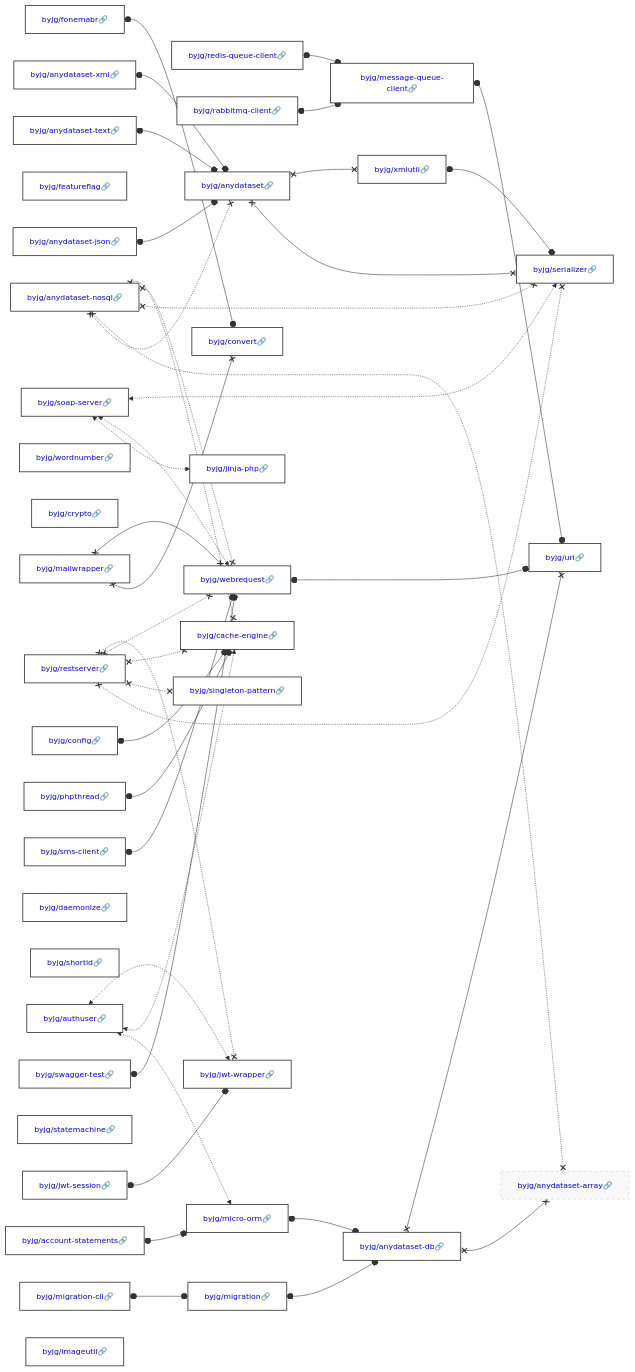
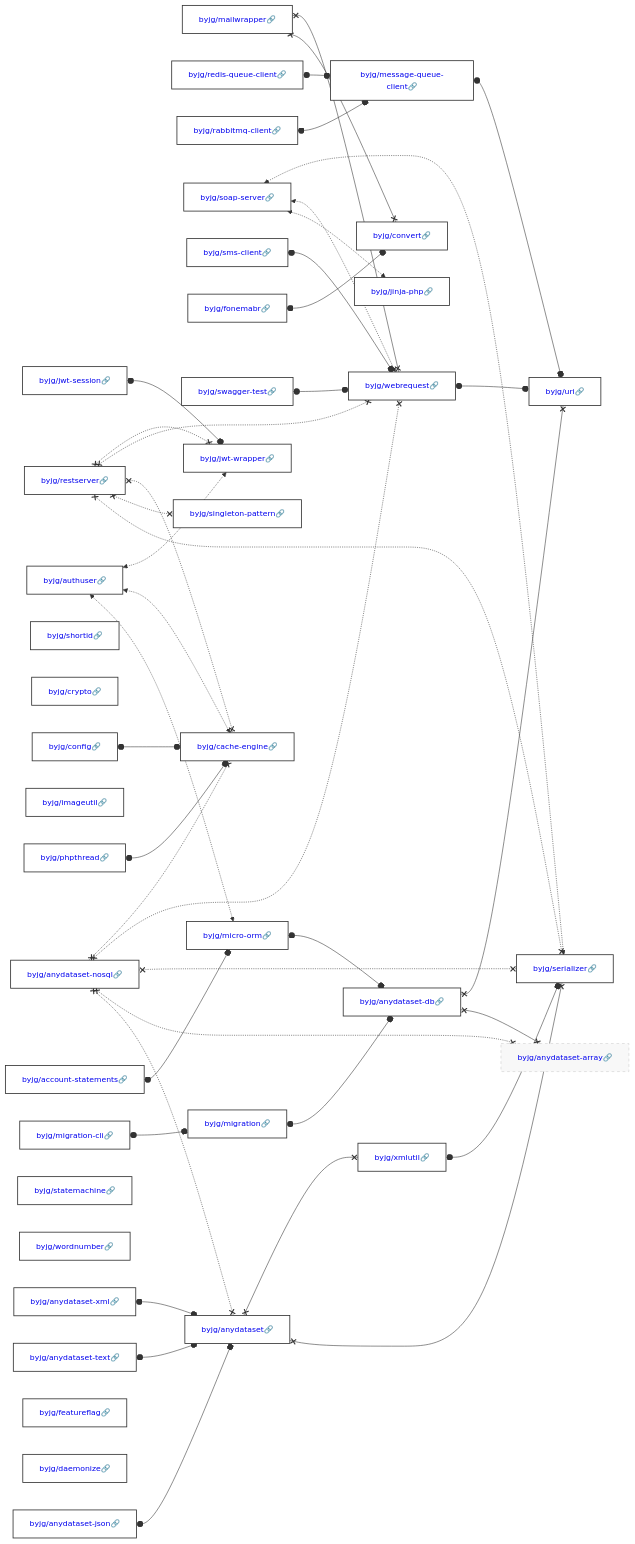
The diagram in docs/php/README.md (byjg/byjg.github.io), drawn with Mermaid before and after one commit. The commit also changed other lines of this file and 2 other files, not shown here.

Commit message:
Update documentation 'php' 'php-fonemabr'

````diff
--- a/docs/php/README.md
+++ b/docs/php/README.md
@@ -3,45 +3,45 @@
 ```mermaid
 graph LR;
-  byjg/anydataset-nosql[<a href='https://opensource.byjg.com/docs/php/anydataset-nosql' style='text-decoration:none'>byjg/anydataset-nosql🔗</a>];
-  byjg/authuser[<a href='https://opensource.byjg.com/docs/php/authuser' style='text-decoration:none'>byjg/authuser🔗</a>];
+  byjg/phpthread[<a href='https://opensource.byjg.com/docs/php/phpthread' style='text-decoration:none'>byjg/phpthread🔗</a>];
+  byjg/anydataset-text[<a href='https://opensource.byjg.com/docs/php/anydataset-text' style='text-decoration:none'>byjg/anydataset-text🔗</a>];
+  byjg/mailwrapper[<a href='https://opensource.byjg.com/docs/php/mailwrapper' style='text-decoration:none'>byjg/mailwrapper🔗</a>];
   byjg/redis-queue-client[<a href='https://opensource.byjg.com/docs/php/redis-queue-client' style='text-decoration:none'>byjg/redis-queue-client🔗</a>];
+  byjg/rabbitmq-client[<a href='https://opensource.byjg.com/docs/php/rabbitmq-client' style='text-decoration:none'>byjg/rabbitmq-client🔗</a>];
   byjg/anydataset-json[<a href='https://opensource.byjg.com/docs/php/anydataset-json' style='text-decoration:none'>byjg/anydataset-json🔗</a>];
-  byjg/featureflag[<a href='https://opensource.byjg.com/docs/php/featureflag' style='text-decoration:none'>byjg/featureflag🔗</a>];
-  byjg/jwt-session[<a href='https://opensource.byjg.com/docs/php/jwt-session' style='text-decoration:none'>byjg/jwt-session🔗</a>];
-  byjg/anydataset-xml[<a href='https://opensource.byjg.com/docs/php/anydataset-xml' style='text-decoration:none'>byjg/anydataset-xml🔗</a>];
-  byjg/swagger-test[<a href='https://opensource.byjg.com/docs/php/swagger-test' style='text-decoration:none'>byjg/swagger-test🔗</a>];
-  byjg/wordnumber[<a href='https://opensource.byjg.com/docs/php/wordnumber' style='text-decoration:none'>byjg/wordnumber🔗</a>];
-  byjg/crypto[<a href='https://opensource.byjg.com/docs/php/crypto' style='text-decoration:none'>byjg/crypto🔗</a>];
-  byjg/mailwrapper[<a href='https://opensource.byjg.com/docs/php/mailwrapper' style='text-decoration:none'>byjg/mailwrapper🔗</a>];
-  byjg/config[<a href='https://opensource.byjg.com/docs/php/config' style='text-decoration:none'>byjg/config🔗</a>];
-  byjg/fonemabr[<a href='https://opensource.byjg.com/docs/php/fonemabr' style='text-decoration:none'>byjg/fonemabr🔗</a>];
-  byjg/phpthread[<a href='https://opensource.byjg.com/docs/php/phpthread' style='text-decoration:none'>byjg/phpthread🔗</a>];
-  byjg/rabbitmq-client[<a href='https://opensource.byjg.com/docs/php/rabbitmq-client' style='text-decoration:none'>byjg/rabbitmq-client🔗</a>];
-  byjg/migration-cli[<a href='https://opensource.byjg.com/docs/php/migration-cli' style='text-decoration:none'>byjg/migration-cli🔗</a>];
-  byjg/daemonize[<a href='https://opensource.byjg.com/docs/php/daemonize' style='text-decoration:none'>byjg/daemonize🔗</a>];
   byjg/shortid[<a href='https://opensource.byjg.com/docs/php/shortid' style='text-decoration:none'>byjg/shortid🔗</a>];
   byjg/soap-server[<a href='https://opensource.byjg.com/docs/php/soap-server' style='text-decoration:none'>byjg/soap-server🔗</a>];
+  byjg/sms-client[<a href='https://opensource.byjg.com/docs/php/sms-client' style='text-decoration:none'>byjg/sms-client🔗</a>];
+  byjg/crypto[<a href='https://opensource.byjg.com/docs/php/crypto' style='text-decoration:none'>byjg/crypto🔗</a>];
+  byjg/restserver[<a href='https://opensource.byjg.com/docs/php/restserver' style='text-decoration:none'>byjg/restserver🔗</a>];
+  byjg/fonemabr[<a href='https://opensource.byjg.com/docs/php/fonemabr' style='text-decoration:none'>byjg/fonemabr🔗</a>];
+  byjg/imageutil[<a href='https://opensource.byjg.com/docs/php/imageutil' style='text-decoration:none'>byjg/imageutil🔗</a>];
+  byjg/anydataset-nosql[<a href='https://opensource.byjg.com/docs/php/anydataset-nosql' style='text-decoration:none'>byjg/anydataset-nosql🔗</a>];
+  byjg/swagger-test[<a href='https://opensource.byjg.com/docs/php/swagger-test' style='text-decoration:none'>byjg/swagger-test🔗</a>];
+  byjg/authuser[<a href='https://opensource.byjg.com/docs/php/authuser' style='text-decoration:none'>byjg/authuser🔗</a>];
+  byjg/jwt-session[<a href='https://opensource.byjg.com/docs/php/jwt-session' style='text-decoration:none'>byjg/jwt-session🔗</a>];
+  byjg/config[<a href='https://opensource.byjg.com/docs/php/config' style='text-decoration:none'>byjg/config🔗</a>];
+  byjg/statemachine[<a href='https://opensource.byjg.com/docs/php/statemachine' style='text-decoration:none'>byjg/statemachine🔗</a>];
+  byjg/wordnumber[<a href='https://opensource.byjg.com/docs/php/wordnumber' style='text-decoration:none'>byjg/wordnumber🔗</a>];
+  byjg/anydataset-xml[<a href='https://opensource.byjg.com/docs/php/anydataset-xml' style='text-decoration:none'>byjg/anydataset-xml🔗</a>];
+  byjg/migration-cli[<a href='https://opensource.byjg.com/docs/php/migration-cli' style='text-decoration:none'>byjg/migration-cli🔗</a>];
+  byjg/featureflag[<a href='https://opensource.byjg.com/docs/php/featureflag' style='text-decoration:none'>byjg/featureflag🔗</a>];
+  byjg/daemonize[<a href='https://opensource.byjg.com/docs/php/daemonize' style='text-decoration:none'>byjg/daemonize🔗</a>];
   byjg/account-statements[<a href='https://opensource.byjg.com/docs/php/account-statements' style='text-decoration:none'>byjg/account-statements🔗</a>];
-  byjg/statemachine[<a href='https://opensource.byjg.com/docs/php/statemachine' style='text-decoration:none'>byjg/statemachine🔗</a>];
-  byjg/sms-client[<a href='https://opensource.byjg.com/docs/php/sms-client' style='text-decoration:none'>byjg/sms-client🔗</a>];
-  byjg/anydataset-text[<a href='https://opensource.byjg.com/docs/php/anydataset-text' style='text-decoration:none'>byjg/anydataset-text🔗</a>];
-  byjg/restserver[<a href='https://opensource.byjg.com/docs/php/restserver' style='text-decoration:none'>byjg/restserver🔗</a>];
-  byjg/imageutil[<a href='https://opensource.byjg.com/docs/php/imageutil' style='text-decoration:none'>byjg/imageutil🔗</a>];
+  byjg/message-queue-client[<a href='https://opensource.byjg.com/docs/php/message-queue-client' style='text-decoration:none'>byjg/message-queue-client🔗</a>];
+  byjg/jinja-php[<a href='https://opensource.byjg.com/docs/php/jinja-php' style='text-decoration:none'>byjg/jinja-php🔗</a>];
+  byjg/singleton-pattern[<a href='https://opensource.byjg.com/docs/php/singleton-pattern' style='text-decoration:none'>byjg/singleton-pattern🔗</a>];
   byjg/convert[<a href='https://opensource.byjg.com/docs/php/convert' style='text-decoration:none'>byjg/convert🔗</a>];
-  byjg/message-queue-client[<a href='https://opensource.byjg.com/docs/php/message-queue-client' style='text-decoration:none'>byjg/message-queue-client🔗</a>];
-  byjg/migration[<a href='https://opensource.byjg.com/docs/php/migration' style='text-decoration:none'>byjg/migration🔗</a>];
-  byjg/jinja-php[<a href='https://opensource.byjg.com/docs/php/jinja-php' style='text-decoration:none'>byjg/jinja-php🔗</a>];
-  byjg/micro-orm[<a href='https://opensource.byjg.com/docs/php/micro-orm' style='text-decoration:none'>byjg/micro-orm🔗</a>];
-  byjg/anydataset[<a href='https://opensource.byjg.com/docs/php/anydataset' style='text-decoration:none'>byjg/anydataset🔗</a>];
-  byjg/singleton-pattern[<a href='https://opensource.byjg.com/docs/php/singleton-pattern' style='text-decoration:none'>byjg/singleton-pattern🔗</a>];
-  byjg/cache-engine[<a href='https://opensource.byjg.com/docs/php/cache-engine' style='text-decoration:none'>byjg/cache-engine🔗</a>];
   byjg/webrequest[<a href='https://opensource.byjg.com/docs/php/webrequest' style='text-decoration:none'>byjg/webrequest🔗</a>];
   byjg/jwt-wrapper[<a href='https://opensource.byjg.com/docs/php/jwt-wrapper' style='text-decoration:none'>byjg/jwt-wrapper🔗</a>];
+  byjg/cache-engine[<a href='https://opensource.byjg.com/docs/php/cache-engine' style='text-decoration:none'>byjg/cache-engine🔗</a>];
+  byjg/anydataset[<a href='https://opensource.byjg.com/docs/php/anydataset' style='text-decoration:none'>byjg/anydataset🔗</a>];
+  byjg/migration[<a href='https://opensource.byjg.com/docs/php/migration' style='text-decoration:none'>byjg/migration🔗</a>];
+  byjg/micro-orm[<a href='https://opensource.byjg.com/docs/php/micro-orm' style='text-decoration:none'>byjg/micro-orm🔗</a>];
+  byjg/xmlutil[<a href='https://opensource.byjg.com/docs/php/xmlutil' style='text-decoration:none'>byjg/xmlutil🔗</a>];
   byjg/anydataset-db[<a href='https://opensource.byjg.com/docs/php/anydataset-db' style='text-decoration:none'>byjg/anydataset-db🔗</a>];
-  byjg/xmlutil[<a href='https://opensource.byjg.com/docs/php/xmlutil' style='text-decoration:none'>byjg/xmlutil🔗</a>];
+  byjg/serializer[<a href='https://opensource.byjg.com/docs/php/serializer' style='text-decoration:none'>byjg/serializer🔗</a>];
   byjg/anydataset-array[<a href='https://opensource.byjg.com/docs/php/anydataset-array' style='text-decoration:none'>byjg/anydataset-array🔗</a>];
   byjg/uri[<a href='https://opensource.byjg.com/docs/php/uri' style='text-decoration:none'>byjg/uri🔗</a>];
-  byjg/serializer[<a href='https://opensource.byjg.com/docs/php/serializer' style='text-decoration:none'>byjg/serializer🔗</a>];
   byjg/xmlutil o--o byjg/serializer;
   byjg/rabbitmq-client o--o byjg/message-queue-client;
   byjg/anydataset x--x byjg/serializer;
````
